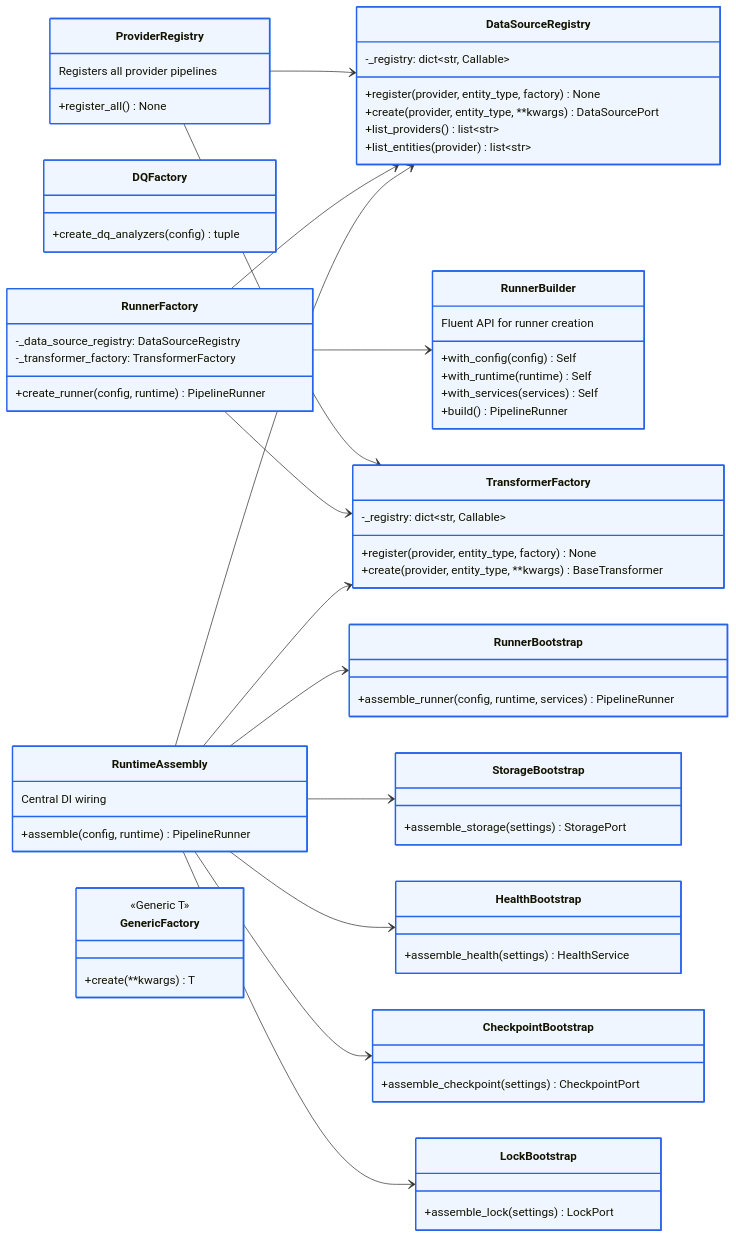
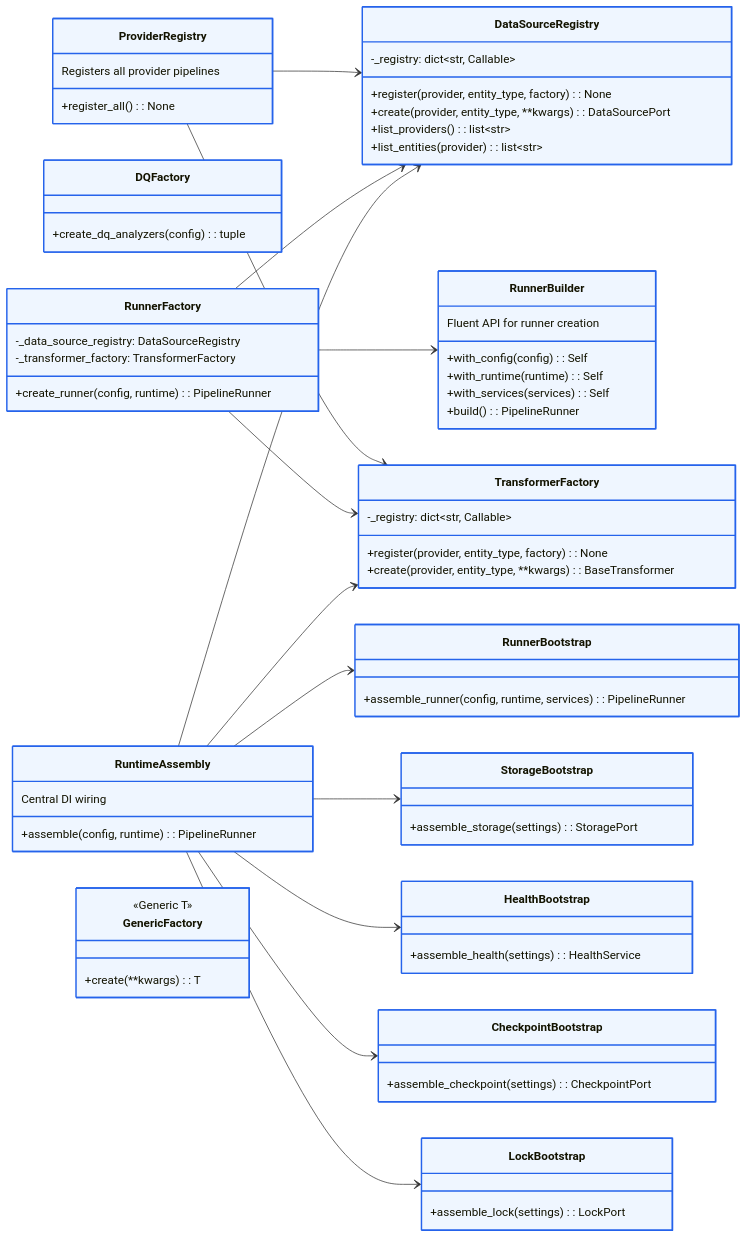
Before and after one commit to SatoryKono/BioactivityDataAcquisition: the diagram in docs/02-architecture/mmd-diagrams/class-diagrams/16-factories-bootstrap.mmd, drawn with Mermaid. The commit also changed 55 other files, not shown here.

```diff
--- a/docs/02-architecture/mmd-diagrams/class-diagrams/16-factories-bootstrap.mmd
+++ b/docs/02-architecture/mmd-diagrams/class-diagrams/16-factories-bootstrap.mmd
@@ -1,143 +1,143 @@
 %% BioETL — Class Diagram: Factories & Bootstrap
 %% Composition layer factories and DI assembly.
 
 %% @version 1.0.0
 %% @date    2026-02-24
 %% @type    classDiagram
 %% @level   Class / Interface
 %% @uniform class width=192 height=126 max_title_len=19 max_desc_lines=5
 
 classDiagram
     direction LR
     class DataSourceRegistry {
         -_registry: dict~str, Callable~
-        +register(provider, entity_type, factory) None
-        +create(provider, entity_type, **kwargs) DataSourcePort
-        +list_providers() list~str~
-        +list_entities(provider) list~str~
+        +register(provider, entity_type, factory): None
+        +create(provider, entity_type, **kwargs): DataSourcePort
+        +list_providers(): list~str~
+        +list_entities(provider): list~str~
     }
 
     class TransformerFactory {
         -_registry: dict~str, Callable~
-        +register(provider, entity_type, factory) None
-        +create(provider, entity_type, **kwargs) BaseTransformer
+        +register(provider, entity_type, factory): None
+        +create(provider, entity_type, **kwargs): BaseTransformer
         
         
     }
 
     class RunnerFactory {
         -_data_source_registry: DataSourceRegistry
         -_transformer_factory: TransformerFactory
-        +create_runner(config, runtime) PipelineRunner
+        +create_runner(config, runtime): PipelineRunner
         
         
     }
 
     class DQFactory {
-        +create_dq_analyzers(config) tuple
+        +create_dq_analyzers(config): tuple
         
         
         
         
     }
 
     class RuntimeAssembly {
         Central DI wiring
-        +assemble(config, runtime) PipelineRunner
+        +assemble(config, runtime): PipelineRunner
         
         
         
     }
 
     class RunnerBootstrap {
-        +assemble_runner(config, runtime, services) PipelineRunner
+        +assemble_runner(config, runtime, services): PipelineRunner
         
         
         
         
     }
 
     class StorageBootstrap {
-        +assemble_storage(settings) StoragePort
+        +assemble_storage(settings): StoragePort
         
         
         
         
     }
 
     class HealthBootstrap {
-        +assemble_health(settings) HealthService
+        +assemble_health(settings): HealthService
         
         
         
         
     }
 
     class CheckpointBootstrap {
-        +assemble_checkpoint(settings) CheckpointPort
+        +assemble_checkpoint(settings): CheckpointPort
         
         
         
         
     }
 
     class LockBootstrap {
-        +assemble_lock(settings) LockPort
+        +assemble_lock(settings): LockPort
         
         
         
         
     }
 
     class ProviderRegistry {
-        +register_all() None
+        +register_all(): None
         Registers all provider pipelines
         
         
         
     }
 
     class RunnerBuilder {
         Fluent API for runner creation
-        +with_config(config) Self
-        +with_runtime(runtime) Self
-        +with_services(services) Self
-        +build() PipelineRunner
+        +with_config(config): Self
+        +with_runtime(runtime): Self
+        +with_services(services): Self
+        +build(): PipelineRunner
     }
 
     class GenericFactory {
         <<Generic T>>
-        +create(**kwargs) T
+        +create(**kwargs): T
         
         
         
     }
 
     RuntimeAssembly --> RunnerBootstrap
     RuntimeAssembly --> StorageBootstrap
     RuntimeAssembly --> HealthBootstrap
     RuntimeAssembly --> CheckpointBootstrap
     RuntimeAssembly --> LockBootstrap
     RuntimeAssembly --> DataSourceRegistry
     RuntimeAssembly --> TransformerFactory
 
     RunnerFactory --> DataSourceRegistry
     RunnerFactory --> TransformerFactory
     RunnerFactory --> RunnerBuilder
 
     ProviderRegistry --> DataSourceRegistry
     ProviderRegistry --> TransformerFactory
 
     style DataSourceRegistry fill:#eff6ff,stroke:#2563eb,stroke-width:2px
     style TransformerFactory fill:#eff6ff,stroke:#2563eb,stroke-width:2px
     style RunnerFactory fill:#eff6ff,stroke:#2563eb,stroke-width:2px
     style DQFactory fill:#eff6ff,stroke:#2563eb,stroke-width:2px
     style RuntimeAssembly fill:#eff6ff,stroke:#2563eb,stroke-width:2px
     style RunnerBootstrap fill:#eff6ff,stroke:#2563eb,stroke-width:2px
     style StorageBootstrap fill:#eff6ff,stroke:#2563eb,stroke-width:2px
     style HealthBootstrap fill:#eff6ff,stroke:#2563eb,stroke-width:2px
     style CheckpointBootstrap fill:#eff6ff,stroke:#2563eb,stroke-width:2px
     style LockBootstrap fill:#eff6ff,stroke:#2563eb,stroke-width:2px
     style ProviderRegistry fill:#eff6ff,stroke:#2563eb,stroke-width:2px
     style RunnerBuilder fill:#eff6ff,stroke:#2563eb,stroke-width:2px
     style GenericFactory fill:#eff6ff,stroke:#2563eb,stroke-width:2px
```
